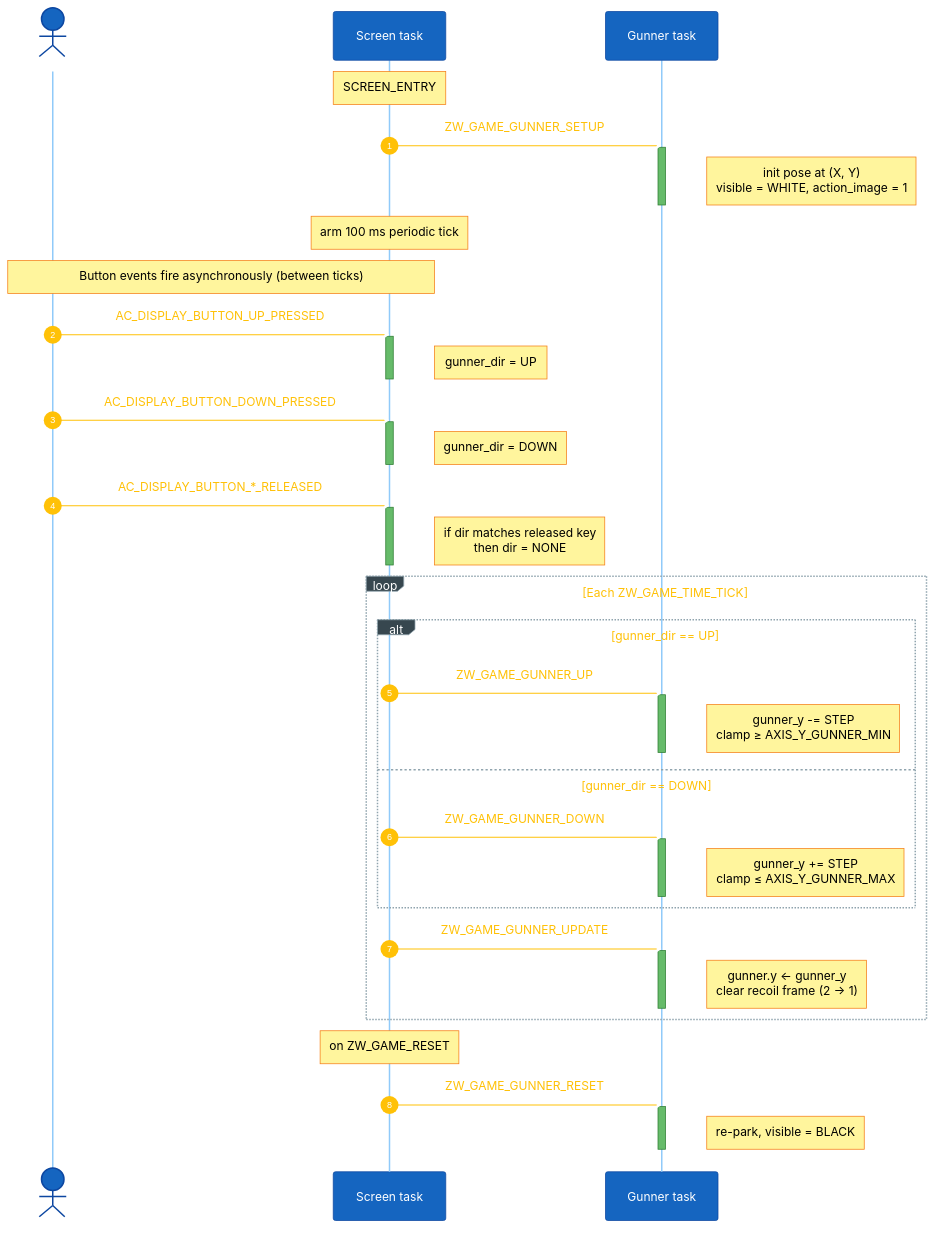
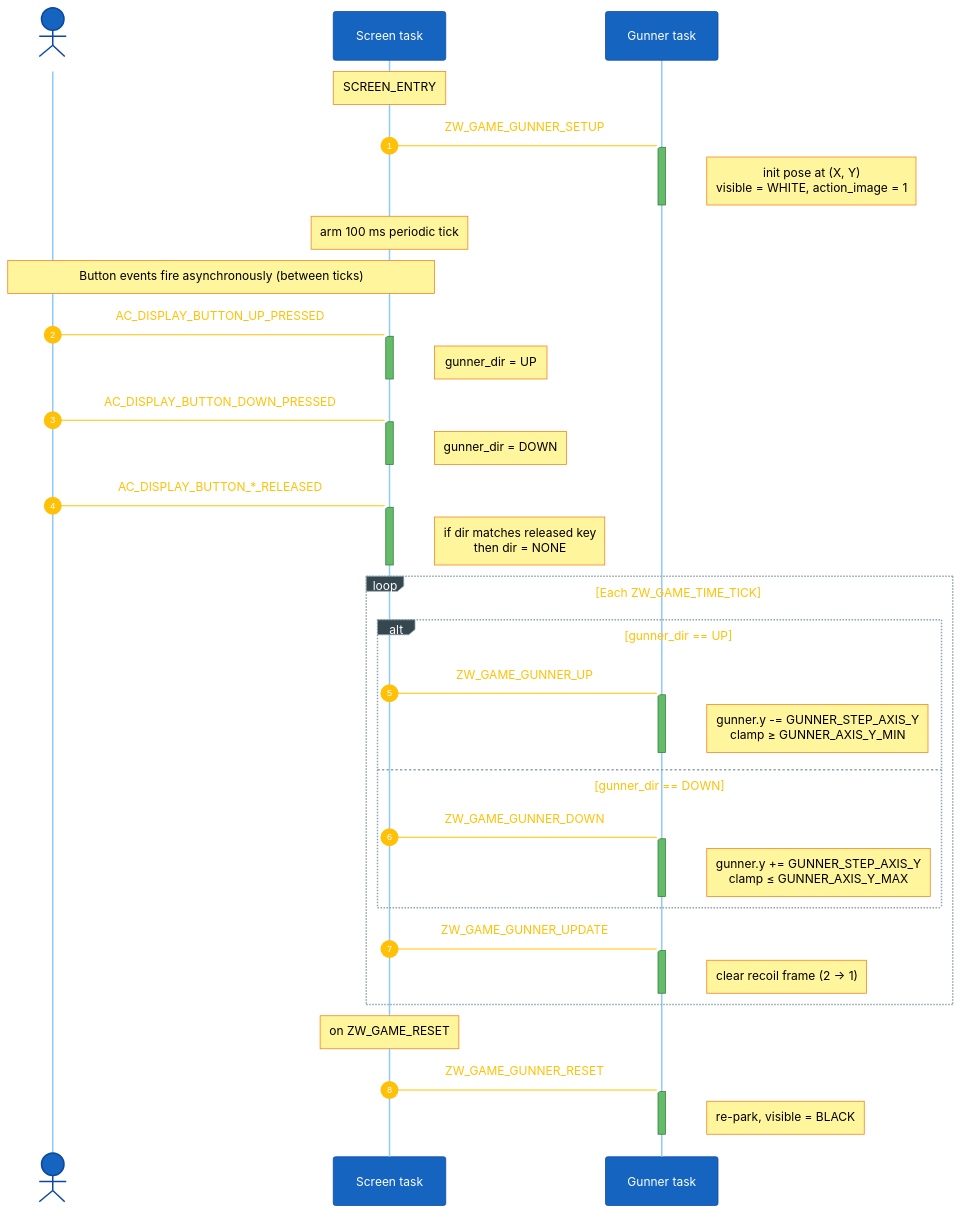
Before and after one commit to caotrongphuoc/mini-clock: the first of 7 diagrams in docs/03-design-sequence-object.md, drawn with Mermaid. The commit also changed other lines of this file, not shown here.

Commit message:
[UPDATE] sync sequence object doc with new macro names

````diff
--- a/docs/03-design-sequence-object.md
+++ b/docs/03-design-sequence-object.md
@@ -34,53 +34,53 @@
 ```mermaid
 %%{init: {'theme':'base','themeVariables':{'fontSize':'18px','primaryColor':'#1565c0','primaryTextColor':'#ffffff','primaryBorderColor':'#0d47a1','lineColor':'#90a4ae','signalColor':'#ffc107','signalTextColor':'#ffc107','actorBkg':'#1565c0','actorBorder':'#0d47a1','actorTextColor':'#ffffff','actorLineColor':'#90caf9','noteBkgColor':'#fff59d','noteTextColor':'#000000','noteBorderColor':'#f57f17','activationBkgColor':'#66bb6a','activationBorderColor':'#2e7d32','sequenceNumberColor':'#ffffff','loopTextColor':'#ffc107','labelBoxBkgColor':'#37474f','labelBoxBorderColor':'#90a4ae','labelTextColor':'#ffffff'},'sequence':{'actorMargin':120,'messageFontSize':17,'noteFontSize':15,'actorFontSize':17,'boxMargin':15,'boxTextMargin':8,'noteMargin':12,'useMaxWidth':false}}}%%
 sequenceDiagram
     autonumber
     actor Btn as Button
     participant Scr as Screen task
     participant Gun as Gunner task
 
     Note over Scr: SCREEN_ENTRY
     Scr-)Gun: ZW_GAME_GUNNER_SETUP
     activate Gun
     Note right of Gun: init pose at (X, Y)<br/>visible = WHITE, action_image = 1
     deactivate Gun
     Note over Scr: arm 100 ms periodic tick
 
     Note over Btn,Scr: Button events fire asynchronously (between ticks)
     Btn-)Scr: AC_DISPLAY_BUTTON_UP_PRESSED
     activate Scr
     Note right of Scr: gunner_dir = UP
     deactivate Scr
     Btn-)Scr: AC_DISPLAY_BUTTON_DOWN_PRESSED
     activate Scr
     Note right of Scr: gunner_dir = DOWN
     deactivate Scr
     Btn-)Scr: AC_DISPLAY_BUTTON_*_RELEASED
     activate Scr
     Note right of Scr: if dir matches released key<br/>then dir = NONE
     deactivate Scr
 
     loop Each ZW_GAME_TIME_TICK
         alt gunner_dir == UP
             Scr-)Gun: ZW_GAME_GUNNER_UP
             activate Gun
-            Note right of Gun: gunner_y -= STEP<br/>clamp ≥ AXIS_Y_GUNNER_MIN
+            Note right of Gun: gunner.y -= GUNNER_STEP_AXIS_Y<br/>clamp ≥ GUNNER_AXIS_Y_MIN
             deactivate Gun
         else gunner_dir == DOWN
             Scr-)Gun: ZW_GAME_GUNNER_DOWN
             activate Gun
-            Note right of Gun: gunner_y += STEP<br/>clamp ≤ AXIS_Y_GUNNER_MAX
+            Note right of Gun: gunner.y += GUNNER_STEP_AXIS_Y<br/>clamp ≤ GUNNER_AXIS_Y_MAX
             deactivate Gun
         end
         Scr-)Gun: ZW_GAME_GUNNER_UPDATE
         activate Gun
-        Note right of Gun: gunner.y ← gunner_y<br/>clear recoil frame (2 → 1)
+        Note right of Gun: clear recoil frame (2 → 1)
         deactivate Gun
     end
 
     Note over Scr: on ZW_GAME_RESET
     Scr-)Gun: ZW_GAME_GUNNER_RESET
     activate Gun
     Note right of Gun: re-park, visible = BLACK
     deactivate Gun
 ```
````
